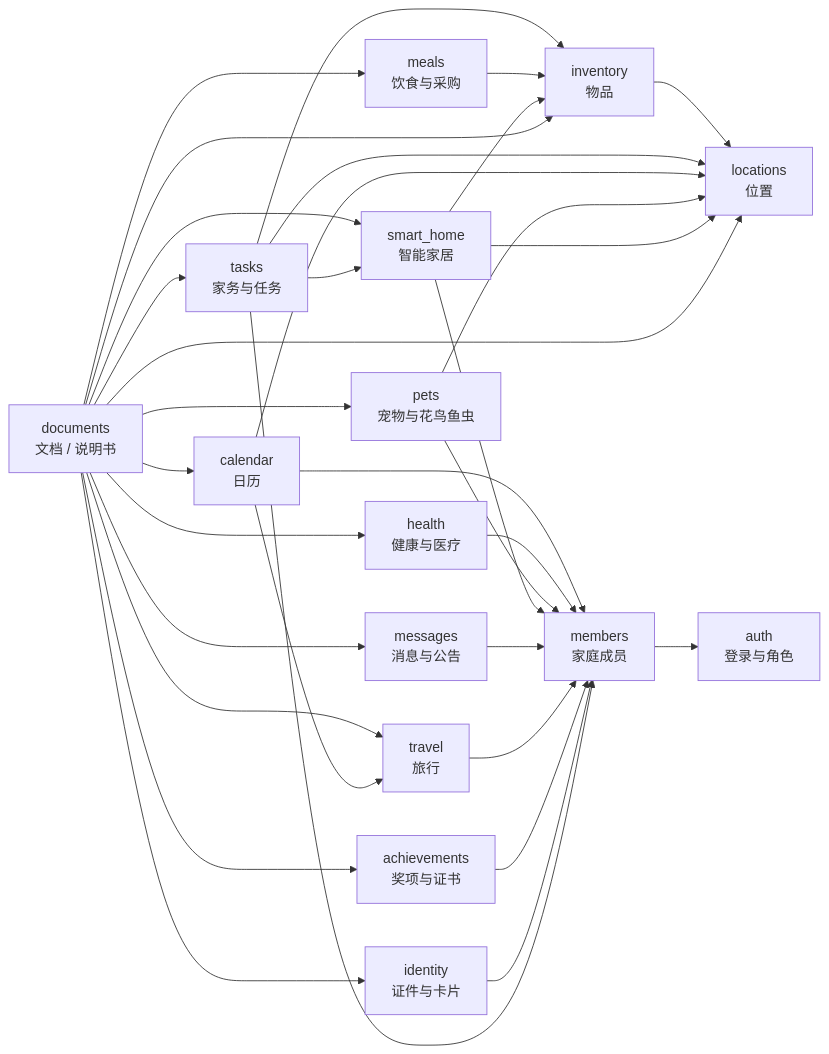
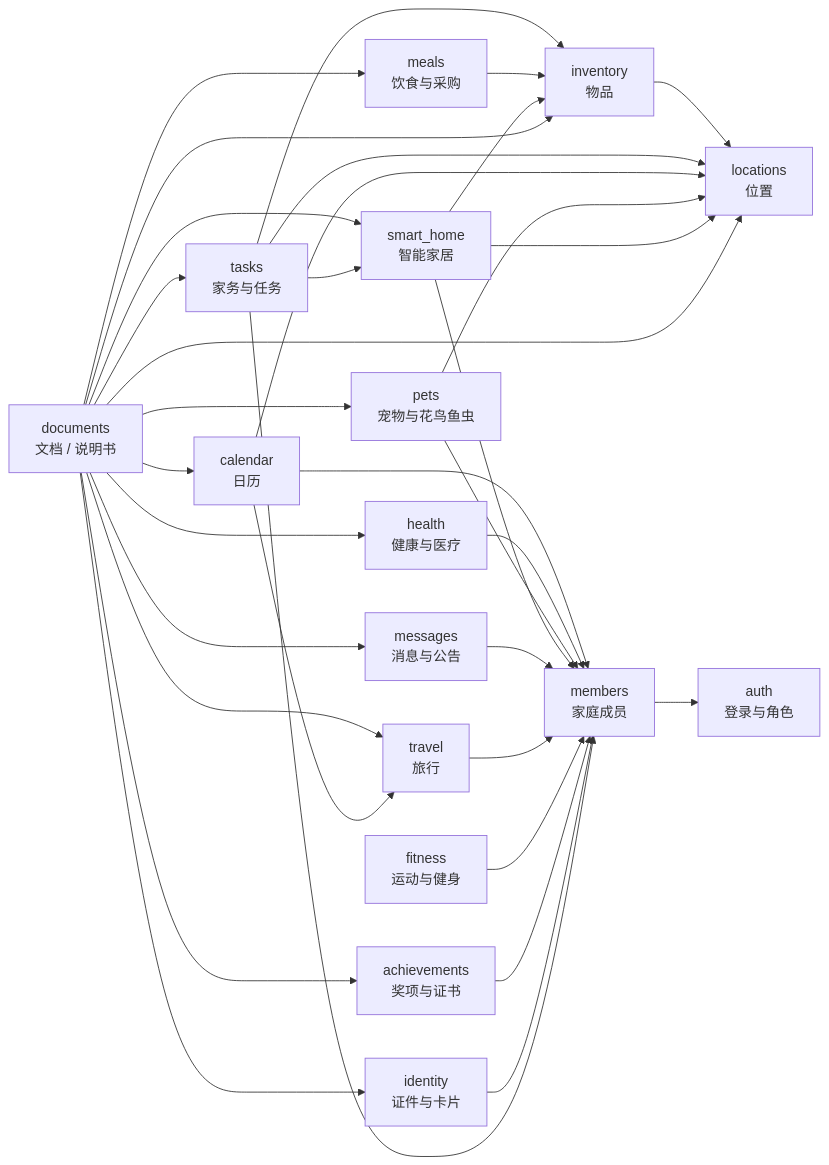
The diagram in docs/08-domain.md (Geno1024-AIGC/home-erp-modern), drawn with Mermaid before and after one commit. The commit also changed other lines of this file and 13 other files, not shown here.

````diff
--- a/docs/08-domain.md
+++ b/docs/08-domain.md
@@ -34,44 +35,46 @@
 ```mermaid
 flowchart LR
     Members["members<br/>家庭成员"] --> Auth["auth<br/>登录与角色"]
     Inventory["inventory<br/>物品"] --> Locations["locations<br/>位置"]
     Tasks["tasks<br/>家务与任务"] --> Locations
     Tasks --> Inventory
     Calendar["calendar<br/>日历"]
     Calendar --> Members
     Calendar --> Locations
     Meals["meals<br/>饮食与采购"] --> Inventory
     Health["health<br/>健康与医疗"]
     Health --> Members
     Pets["pets<br/>宠物与花鸟鱼虫"]
     Pets --> Members
     Pets --> Locations
     Documents["documents<br/>文档 / 说明书"]
     SmartHome["smart_home<br/>智能家居"]
     SmartHome --> Locations
     SmartHome --> Members
     SmartHome --> Inventory
     Documents --> SmartHome
     Tasks --> SmartHome
     Documents --> Inventory
     Documents --> Calendar
     Documents --> Meals
     Documents --> Health
     Documents --> Pets
     Documents --> Locations
     Documents --> Tasks
     Messages["messages<br/>消息与公告"]
     Messages --> Members
     Documents --> Messages
     Travel["travel<br/>旅行"]
     Travel --> Members
     Documents --> Travel
     Calendar --> Travel
+    Fitness["fitness<br/>运动与健身"]
+    Fitness --> Members
     Achievements["achievements<br/>奖项与证书"]
     Documents --> Achievements
     Achievements --> Members
     Identity["identity<br/>证件与卡片"]
     Documents --> Identity
     Identity --> Members
     Tasks --> Members
 ```
````
